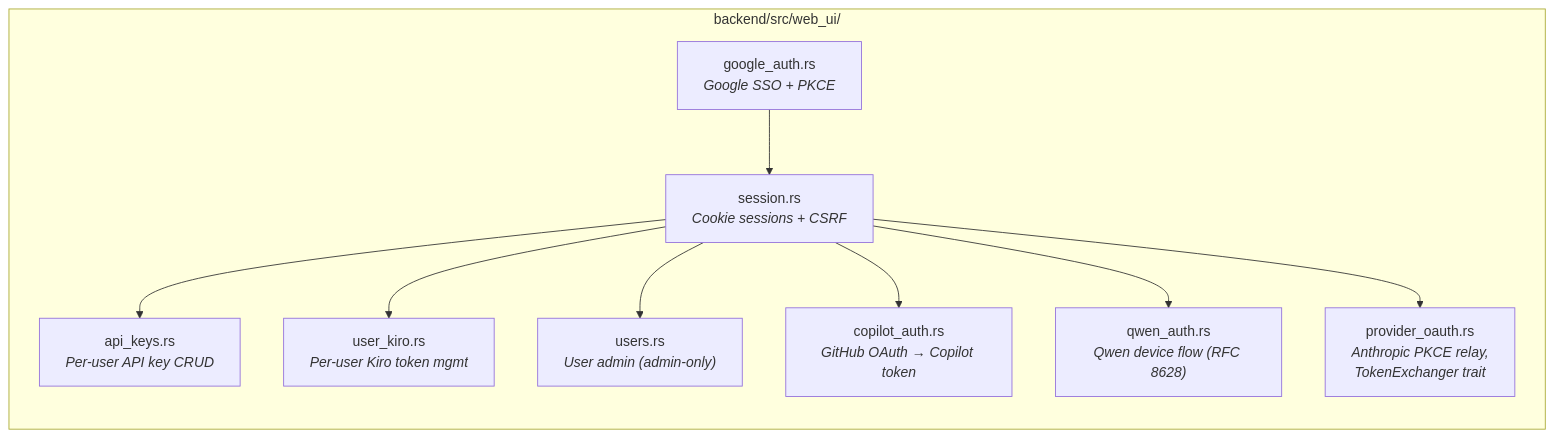
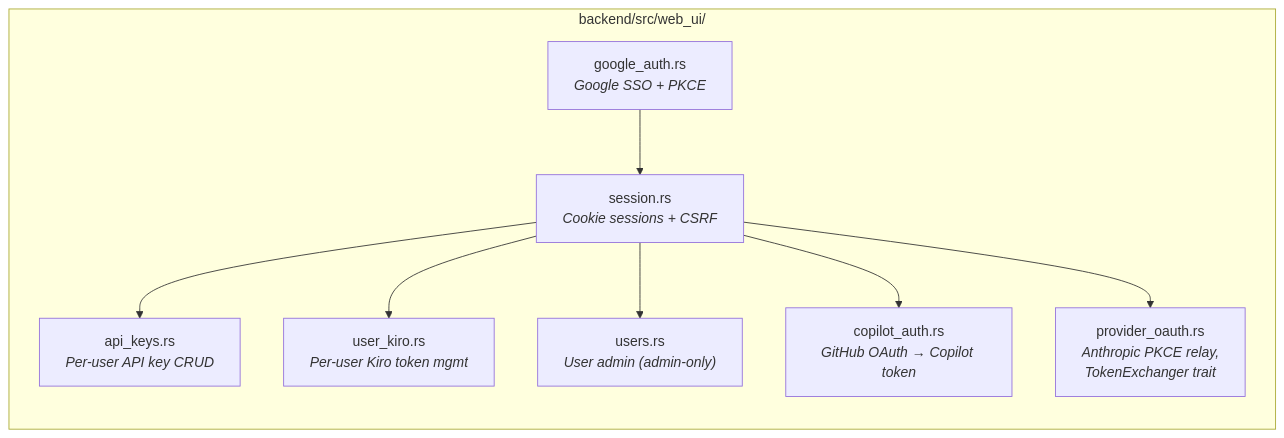
Before and after one commit to wongtsejian/rkgw: the eighth of 8 diagrams in gh-pages/docs/architecture/authentication.md, drawn with Mermaid. The commit also changed other lines of this file and 63 other files, not shown here.

````diff
--- a/gh-pages/docs/architecture/authentication.md
+++ b/gh-pages/docs/architecture/authentication.md
@@ -573,21 +527,19 @@
 ```mermaid
 flowchart LR
     subgraph "backend/src/web_ui/"
         GOOGLE["google_auth.rs<br/><i>Google SSO + PKCE</i>"]
         SESSION["session.rs<br/><i>Cookie sessions + CSRF</i>"]
         APIKEYS["api_keys.rs<br/><i>Per-user API key CRUD</i>"]
         USERKIRO["user_kiro.rs<br/><i>Per-user Kiro token mgmt</i>"]
         USERS["users.rs<br/><i>User admin (admin-only)</i>"]
         COPILOT["copilot_auth.rs<br/><i>GitHub OAuth → Copilot token</i>"]
-        QWEN["qwen_auth.rs<br/><i>Qwen device flow (RFC 8628)</i>"]
         PROVIDER_OAUTH["provider_oauth.rs<br/><i>Anthropic PKCE relay,<br/>TokenExchanger trait</i>"]
     end
 
     GOOGLE --> SESSION
     SESSION --> APIKEYS
     SESSION --> USERKIRO
     SESSION --> USERS
     SESSION --> COPILOT
-    SESSION --> QWEN
     SESSION --> PROVIDER_OAUTH
 ```
````
